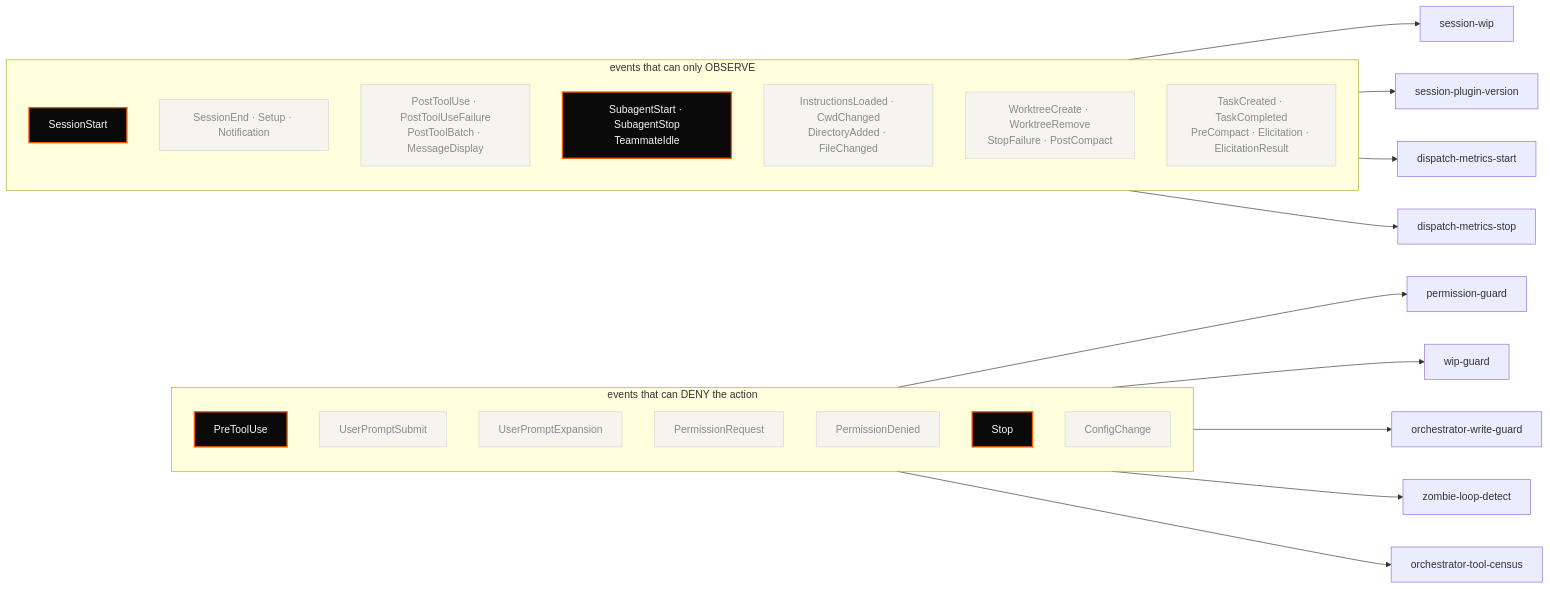
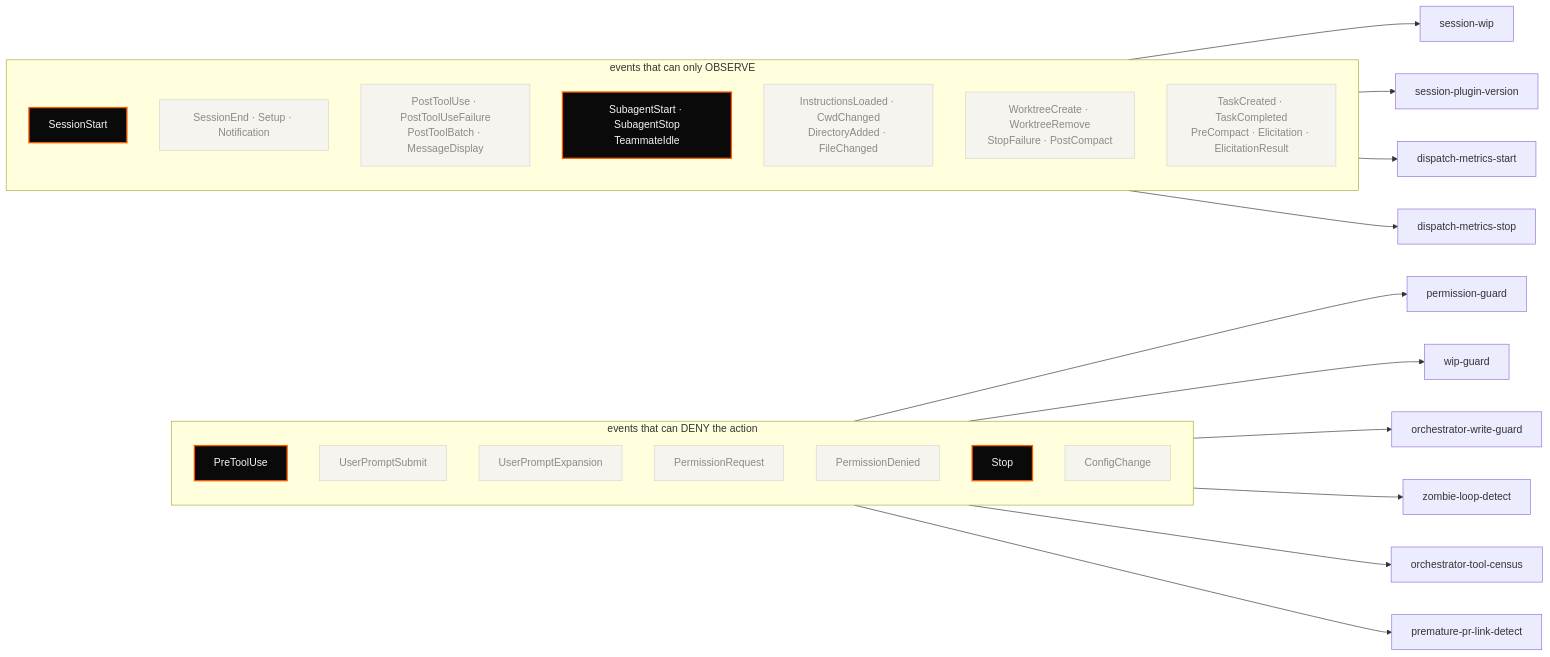
The fourth of 5 diagrams in README.md (tedeuxx/tadeumendonca-skills), drawn with Mermaid before and after one commit. The commit also changed other lines of this file and 9 other files, not shown here.

````diff
--- a/README.md
+++ b/README.md
@@ -854,49 +861,51 @@
 ```mermaid
 flowchart LR
   classDef used fill:#0A0A0A,color:#F5F4EF,stroke:#FF5A00,stroke-width:2px
   classDef idle fill:#F5F4EF,color:#8A8A8A,stroke:#D8D6CE
 
   subgraph BLOCK["events that can DENY the action"]
     direction TB
     E1["PreToolUse"]
     E2["UserPromptSubmit"]:::idle
     E3["UserPromptExpansion"]:::idle
     E4["PermissionRequest"]:::idle
     E5["PermissionDenied"]:::idle
     E6["Stop"]
     E7["ConfigChange"]:::idle
   end
 
   subgraph OBS["events that can only OBSERVE"]
     direction TB
     O1["SessionStart"]
     O2["SessionEnd · Setup · Notification"]:::idle
     O3["PostToolUse · PostToolUseFailure<br/>PostToolBatch · MessageDisplay"]:::idle
     O4["SubagentStart · SubagentStop<br/>TeammateIdle"]:::idle
     O5["InstructionsLoaded · CwdChanged<br/>DirectoryAdded · FileChanged"]:::idle
     O6["WorktreeCreate · WorktreeRemove<br/>StopFailure · PostCompact"]:::idle
     O7["TaskCreated · TaskCompleted<br/>PreCompact · Elicitation · ElicitationResult"]:::idle
   end
 
   H1["permission-guard"]
   H2["wip-guard"]
   H3["session-wip"]
   H4["session-plugin-version"]
   H5["dispatch-metrics-start"]
   H6["dispatch-metrics-stop"]
   H7["zombie-loop-detect"]
   H8["orchestrator-write-guard"]
   H9["orchestrator-tool-census"]
+  H10["premature-pr-link-detect"]
 
   E1 --> H1
   E1 --> H2
   E1 --> H8
   O1 --> H3
   O1 --> H4
   O4 --> H5
   O4 --> H6
   E6 --> H7
   E6 --> H9
+  E6 --> H10
 
   class E1,O1,O4,E6 used
 ```
````
